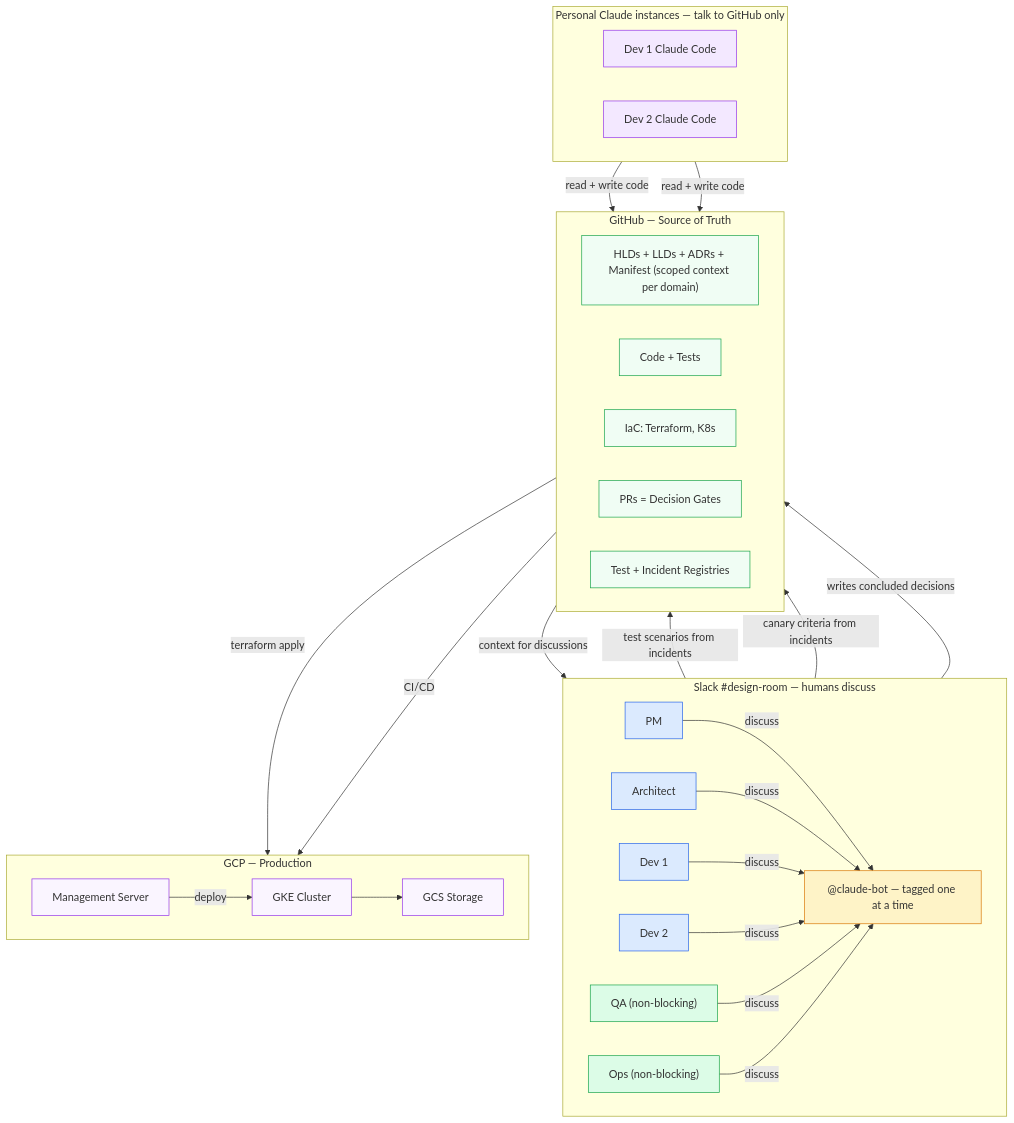
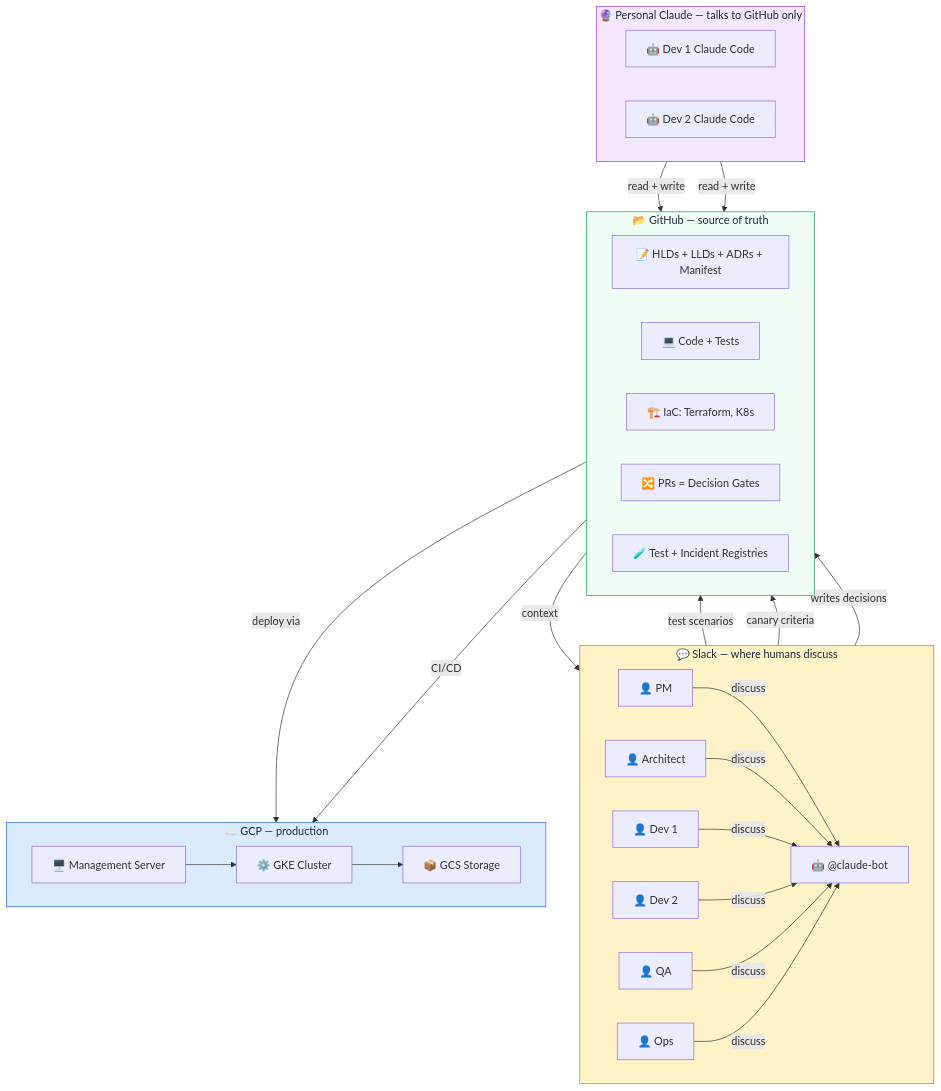
One commit to Prasad-Apparaju/hitl-dev-platform changed the first of 5 diagrams in README.md. Above: the diagram before and after it, drawn with Mermaid.

Commit message:
Add icons and distinct color coding to Mermaid collaboration diagram

````diff
--- a/README.md
+++ b/README.md
@@ -40,59 +40,51 @@
 ```mermaid
 graph TD
-    subgraph Slack["Slack #design-room — humans discuss"]
+    subgraph Slack["💬 Slack — where humans discuss"]
         direction LR
-        PM["PM"]
-        Arch["Architect"]
-        D1["Dev 1"]
-        D2["Dev 2"]
-        QA["QA (non-blocking)"]
-        Ops["Ops (non-blocking)"]
-        Bot["@claude-bot — tagged one at a time"]
+        PM["👤 PM"]
+        Arch["👤 Architect"]
+        D1["👤 Dev 1"]
+        D2["👤 Dev 2"]
+        QA["👤 QA"]
+        Ops["👤 Ops"]
+        Bot["🤖 @claude-bot"]
     end
 
-    subgraph Private["Personal Claude instances — talk to GitHub only"]
+    subgraph Private["🔮 Personal Claude — talks to GitHub only"]
         direction LR
-        C1["Dev 1 Claude Code"]
-        C2["Dev 2 Claude Code"]
+        C1["🤖 Dev 1 Claude Code"]
+        C2["🤖 Dev 2 Claude Code"]
     end
 
-    subgraph GitHub["GitHub — Source of Truth"]
+    subgraph GitHub["📂 GitHub — source of truth"]
         direction LR
-        Docs["HLDs + LLDs + ADRs + Manifest (scoped context per domain)"]
-        Code["Code + Tests"]
-        IaC["IaC: Terraform, K8s"]
-        PRs["PRs = Decision Gates"]
-        Reg["Test + Incident Registries"]
+        Docs["📝 HLDs + LLDs + ADRs + Manifest"]
+        Code["💻 Code + Tests"]
+        IaC["🏗️ IaC: Terraform, K8s"]
+        PRs["🔀 PRs = Decision Gates"]
+        Reg["🧪 Test + Incident Registries"]
     end
 
-    subgraph GCP["GCP — Production"]
+    subgraph GCP["☁️ GCP — production"]
         direction LR
-        Mgmt["Management Server"]
-        GKE["GKE Cluster"]
-        GCS["GCS Storage"]
+        Mgmt["🖥️ Management Server"]
+        GKE["⚙️ GKE Cluster"]
+        GCS["📦 GCS Storage"]
     end
 
     PM & Arch & D1 & D2 & QA & Ops -->|"discuss"| Bot
-    Bot -->|"writes concluded decisions"| GitHub
-    C1 & C2 -->|"read + write code"| GitHub
-    GitHub -->|"context for discussions"| Slack
-    QA -->|"test scenarios from incidents"| Reg
-    Ops -->|"canary criteria from incidents"| Reg
-    IaC -->|"terraform apply"| Mgmt
-    Mgmt -->|"deploy"| GKE
+    Bot -->|"writes decisions"| GitHub
+    C1 & C2 -->|"read + write"| GitHub
+    GitHub -->|"context"| Slack
+    QA -->|"test scenarios"| Reg
+    Ops -->|"canary criteria"| Reg
+    IaC -->|"deploy via"| Mgmt
+    Mgmt --> GKE
     Code -->|"CI/CD"| GKE
     GKE --> GCS
 
-    classDef human fill:#dbeafe,stroke:#2563eb
-    classDef contributor fill:#dcfce7,stroke:#16a34a
-    classDef bot fill:#fef3c7,stroke:#d97706
-    classDef private fill:#f3e8ff,stroke:#9333ea
-    classDef gh fill:#f0fdf4,stroke:#16a34a
-    classDef gcp fill:#faf5ff,stroke:#9333ea
-    class PM,Arch,D1,D2 human
-    class QA,Ops contributor
-    class Bot bot
-    class C1,C2 private
-    class Docs,Code,IaC,PRs,Reg gh
-    class Mgmt,GKE,GCS gcp
+    style Slack fill:#fef3c7,stroke:#d97706,color:#1e293b
+    style Private fill:#f3e8ff,stroke:#9333ea,color:#1e293b
+    style GitHub fill:#f0fdf4,stroke:#16a34a,color:#1e293b
+    style GCP fill:#dbeafe,stroke:#2563eb,color:#1e293b
 ```
````
